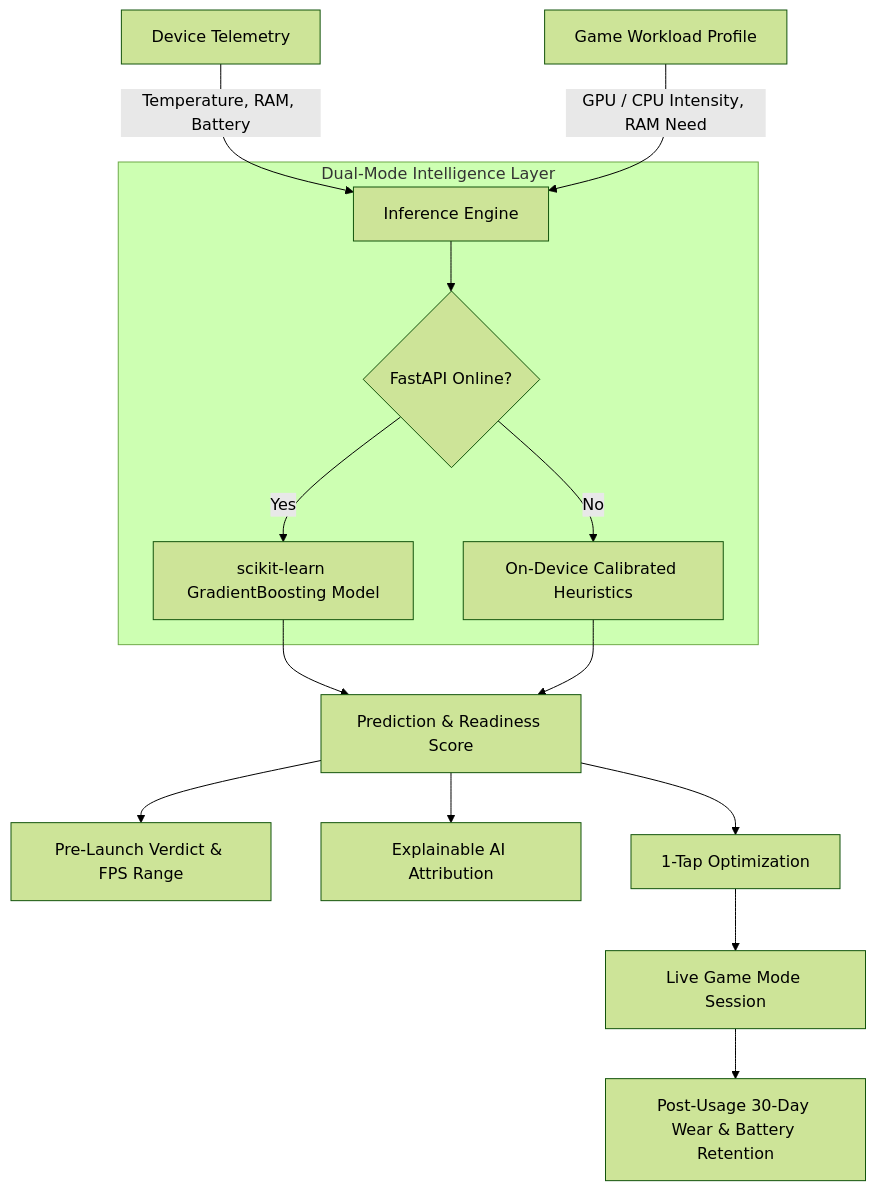
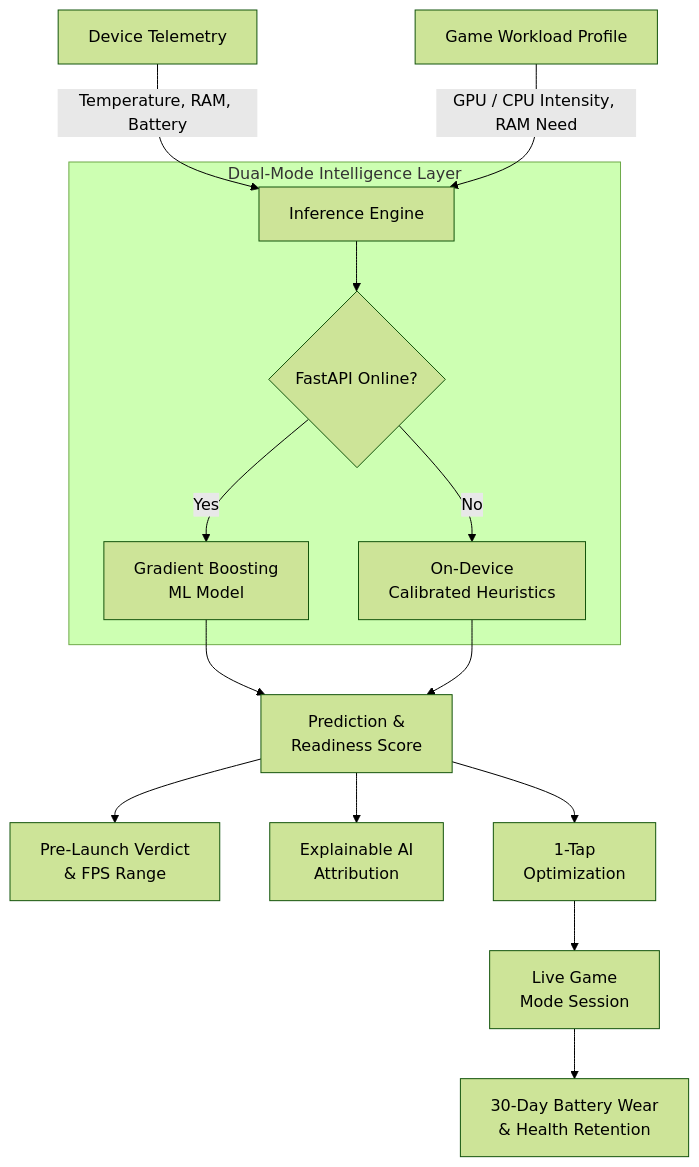
Before and after one commit to rmanne24/KATSU-Smart-Gaming-Phone-Performance-Enactor: the diagram in README.md, drawn with Mermaid (forest theme). The commit also changed other lines of this file, not shown here.

````diff
--- a/README.md
+++ b/README.md
@@ -73,21 +98,21 @@
 ```mermaid
 flowchart TD
-    A[Device Telemetry] -->|Temperature, RAM, Battery| C[Inference Engine]
-    B[Game Workload Profile] -->|GPU / CPU Intensity, RAM Need| C
-    
-    subgraph Engine [Dual-Mode Intelligence Layer]
-        C --> D{FastAPI Online?}
-        D -->|Yes| E[scikit-learn GradientBoosting Model]
-        D -->|No| F[On-Device Calibrated Heuristics]
+    A["Device Telemetry"] -->|"Temperature, RAM, Battery"| C["Inference Engine"]
+    B["Game Workload Profile"] -->|"GPU / CPU Intensity, RAM Need"| C
+
+    subgraph Engine["Dual-Mode Intelligence Layer"]
+        C --> D{"FastAPI Online?"}
+        D -->|"Yes"| E["Gradient Boosting<br/>ML Model"]
+        D -->|"No"| F["On-Device<br/>Calibrated Heuristics"]
     end
 
-    E --> G[Prediction & Readiness Score]
+    E --> G["Prediction &<br/>Readiness Score"]
     F --> G
 
-    G --> H[Pre-Launch Verdict & FPS Range]
-    G --> I[Explainable AI Attribution]
-    G --> J[1-Tap Optimization]
+    G --> H["Pre-Launch Verdict<br/>& FPS Range"]
+    G --> I["Explainable AI<br/>Attribution"]
+    G --> J["1-Tap<br/>Optimization"]
 
-    J --> K[Live Game Mode Session]
-    K --> L[Post-Usage 30-Day Wear & Battery Retention]
+    J --> K["Live Game<br/>Mode Session"]
+    K --> L["30-Day Battery Wear<br/>& Health Retention"]
 ```
````
